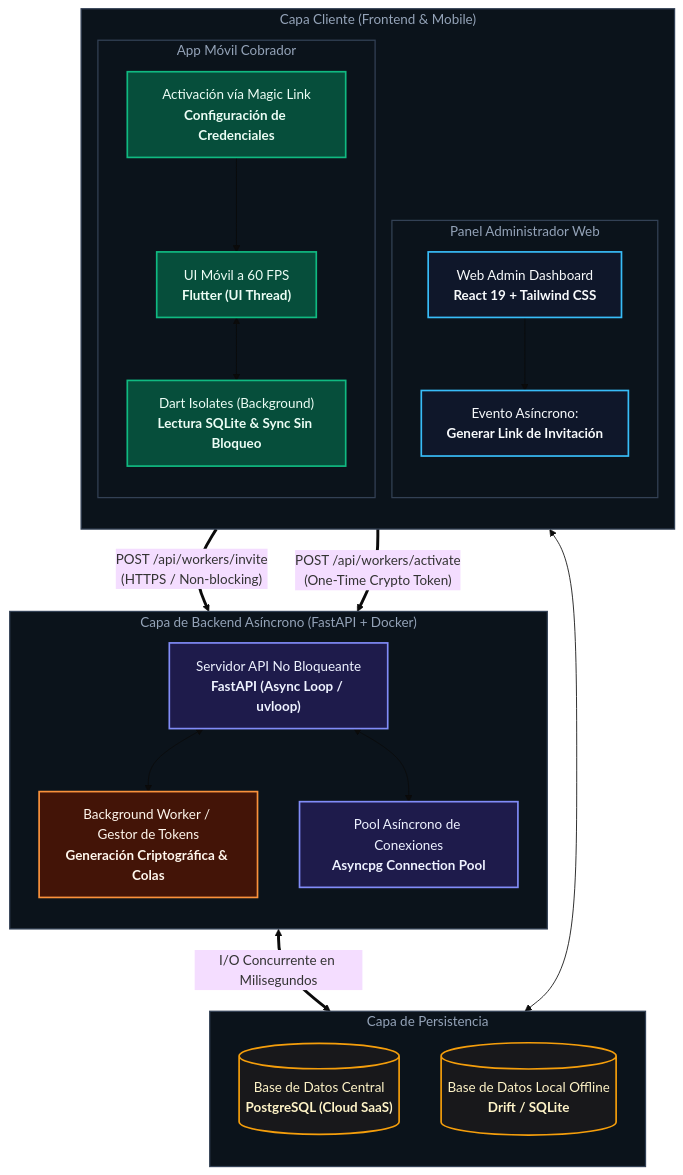
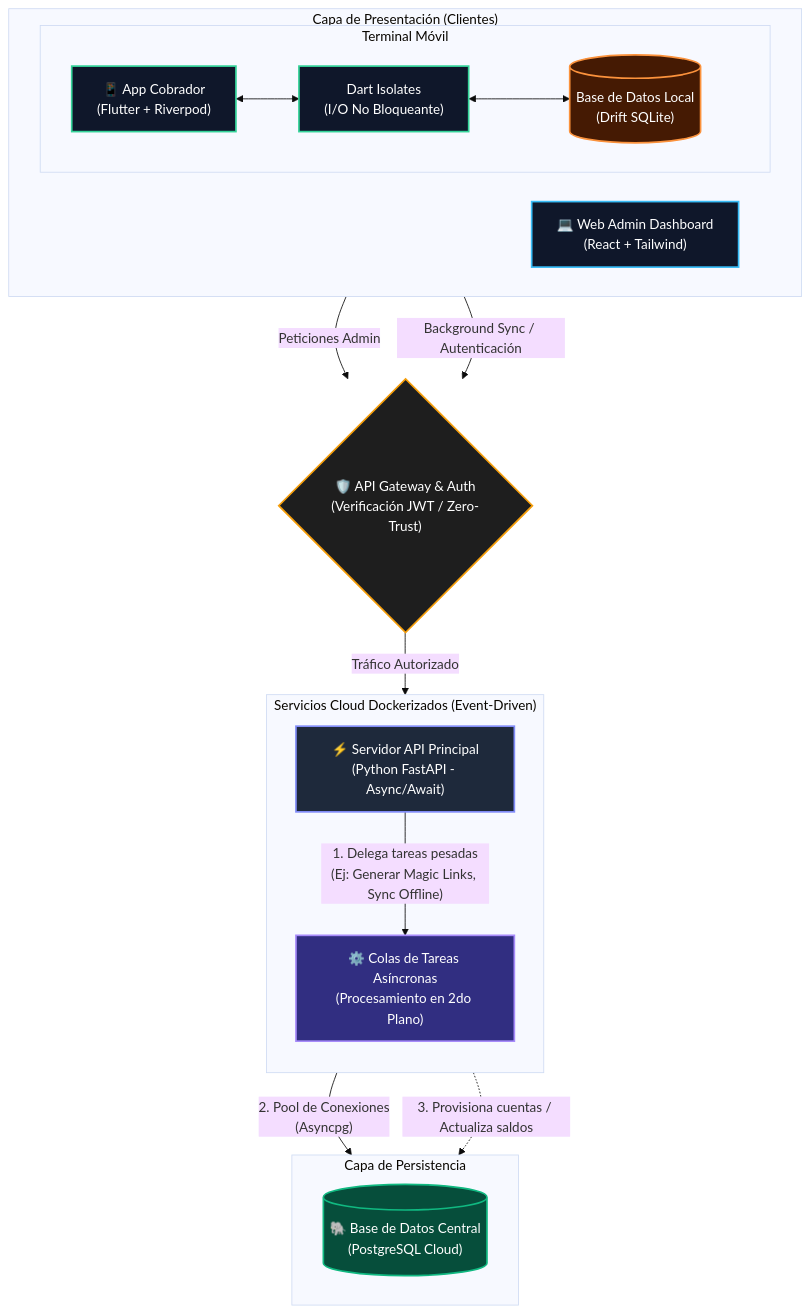
The diagram in README.md (acostasssssssss/CrediTrack-Showcase), drawn with Mermaid (base theme) before and after one commit. The commit also changed other lines of this file, not shown here.

Commit message:
V6 mejoras en punto 3 estructura

````diff
--- a/README.md
+++ b/README.md
@@ -107,73 +111,52 @@
 ```mermaid
 flowchart TD
-    %% ─────────────────────────────────────────────────────────────
-    %% CAPA CLIENTE: WEB ADMIN & MOBILE
-    %% ─────────────────────────────────────────────────────────────
-    subgraph Frontend["Capa Cliente (Frontend & Mobile)"]
-        direction TB
+    %% Estilos Profesionales (Cyber/Tech Aesthetic)
+    classDef frontend fill:#0f172a,stroke:#38bdf8,stroke-width:2px,color:#fff
+    classDef mobile fill:#0f172a,stroke:#34d399,stroke-width:2px,color:#fff
+    classDef gateway fill:#1e1e1e,stroke:#f59e0b,stroke-width:2px,color:#fff
+    classDef api fill:#1e293b,stroke:#818cf8,stroke-width:2px,color:#fff
+    classDef worker fill:#312e81,stroke:#a78bfa,stroke-width:2px,color:#fff
+    classDef db fill:#064e3b,stroke:#10b981,stroke-width:2px,color:#fff
+    classDef localdb fill:#451a03,stroke:#fb923c,stroke-width:2px,color:#fff
 
-        subgraph WebAdmin["Panel Administrador Web"]
-            AdminUI["Web Admin Dashboard<br/><b>React 19 + Tailwind CSS</b>"]
-            ActionTrigger["Evento Asíncrono:<br/><b>Generar Link de Invitación</b>"]
-            AdminUI --> ActionTrigger
-        end
-
-        subgraph MobileApp["App Móvil Cobrador"]
-            MobileUI["UI Móvil a 60 FPS<br/><b>Flutter (UI Thread)</b>"]
-            Isolates["Dart Isolates (Background)<br/><b>Lectura SQLite & Sync Sin Bloqueo</b>"]
-            MagicActivation["Activación vía Magic Link<br/><b>Configuración de Credenciales</b>"]
-
-            MobileUI <--> Isolates
-            MagicActivation --> MobileUI
+    %% 1. CAPA DE PRESENTACIÓN
+    subgraph CapaCliente ["Capa de Presentación (Clientes)"]
+        direction LR
+        Web["💻 Web Admin Dashboard<br/>(React + Tailwind)"]:::frontend
+        
+        subgraph EcosistemaMovil ["Terminal Móvil"]
+            App["📱 App Cobrador<br/>(Flutter + Riverpod)"]:::mobile
+            Isolates["Dart Isolates<br/>(I/O No Bloqueante)"]:::mobile
+            SQLite[("Base de Datos Local<br/>(Drift SQLite)")]:::localdb
+            
+            App <--> Isolates
+            Isolates <--> SQLite
         end
     end
 
-    %% ─────────────────────────────────────────────────────────────
-    %% CAPA DE RED / APIS
-    %% ─────────────────────────────────────────────────────────────
-    ActionTrigger == "POST /api/workers/invite<br/>(HTTPS / Non-blocking)" ==> AsyncAPI
-    MagicActivation == "POST /api/workers/activate<br/>(One-Time Crypto Token)" ==> AsyncAPI
+    %% 2. CAPA DE SEGURIDAD
+    Gateway{"🛡️ API Gateway & Auth<br/>(Verificación JWT / Zero-Trust)"}:::gateway
 
-    %% ─────────────────────────────────────────────────────────────
-    %% CAPA BACKEND & COLAS DE TAREAS
-    %% ─────────────────────────────────────────────────────────────
-    subgraph Backend["Capa de Backend Asíncrono (FastAPI + Docker)"]
+    %% 3. CAPA DE BACKEND (ASÍNCRONA)
+    subgraph CapaBackend ["Servicios Cloud Dockerizados (Event-Driven)"]
         direction TB
-
-        AsyncAPI["Servidor API No Bloqueante<br/><b>FastAPI (Async Loop / uvloop)</b>"]
-        WorkerManager["Background Worker / Gestor de Tokens<br/><b>Generación Criptográfica & Colas</b>"]
-        AsyncPool["Pool Asíncrono de Conexiones<br/><b>Asyncpg Connection Pool</b>"]
-
-        AsyncAPI <--> WorkerManager
-        AsyncAPI <--> AsyncPool
+        FastAPI["⚡ Servidor API Principal<br/>(Python FastAPI - Async/Await)"]:::api
+        Workers["⚙️ Colas de Tareas Asíncronas<br/>(Procesamiento en 2do Plano)"]:::worker
+        
+        FastAPI -- "1. Delega tareas pesadas<br/>(Ej: Generar Magic Links, Sync Offline)" --> Workers
     end
 
-    %% ─────────────────────────────────────────────────────────────
-    %% CAPA DE PERSISTENCIA
-    %% ─────────────────────────────────────────────────────────────
-    subgraph Storage["Capa de Persistencia"]
-        direction TB
-        CentralDB[("Base de Datos Central<br/><b>PostgreSQL (Cloud SaaS)</b>")]
-        LocalDB[("Base de Datos Local Offline<br/><b>Drift / SQLite</b>")]
+    %% 4. CAPA DE PERSISTENCIA
+    subgraph CapaDatos ["Capa de Persistencia"]
+        direction LR
+        Postgres[("🐘 Base de Datos Central<br/>(PostgreSQL Cloud)")]:::db
     end
 
-    AsyncPool <== "I/O Concurrente en Milisegundos" ==> CentralDB
-    Isolates <--> LocalDB
-
-    %% ─────────────────────────────────────────────────────────────
-    %% ESTILOS VISUALES (CLASSDEF)
-    %% ─────────────────────────────────────────────────────────────
-    classDef webStyle fill:#0F172A,stroke:#38BDF8,stroke-width:2px,color:#F8FAFC
-    classDef mobileStyle fill:#064E3B,stroke:#10B981,stroke-width:2px,color:#ECFDF5
-    classDef apiStyle fill:#1E1B4B,stroke:#818CF8,stroke-width:2px,color:#EEF2FF
-    classDef workerStyle fill:#431407,stroke:#FB923C,stroke-width:2px,color:#FFF7ED
-    classDef dbStyle fill:#18181B,stroke:#F59E0B,stroke-width:2px,color:#FEF3C7
-    classDef containerGroup fill:#0B131B,stroke:#334155,stroke-width:1.5px,color:#94A3B8
-
-    class AdminUI,ActionTrigger webStyle
-    class MobileUI,Isolates,MagicActivation mobileStyle
-    class AsyncAPI,AsyncPool apiStyle
-    class WorkerManager workerStyle
-    class CentralDB,LocalDB dbStyle
-    class Frontend,Backend,Storage,WebAdmin,MobileApp containerGroup
+    %% CONEXIONES DE RED
+    Web -- "Peticiones Admin" --> Gateway
+    App -- "Background Sync / Autenticación" --> Gateway
+    Gateway -- "Tráfico Autorizado" --> FastAPI
+    
+    FastAPI -- "2. Pool de Conexiones<br/>(Asyncpg)" --> Postgres
+    Workers -. "3. Provisiona cuentas / Actualiza saldos" .-> Postgres
 ```
````
